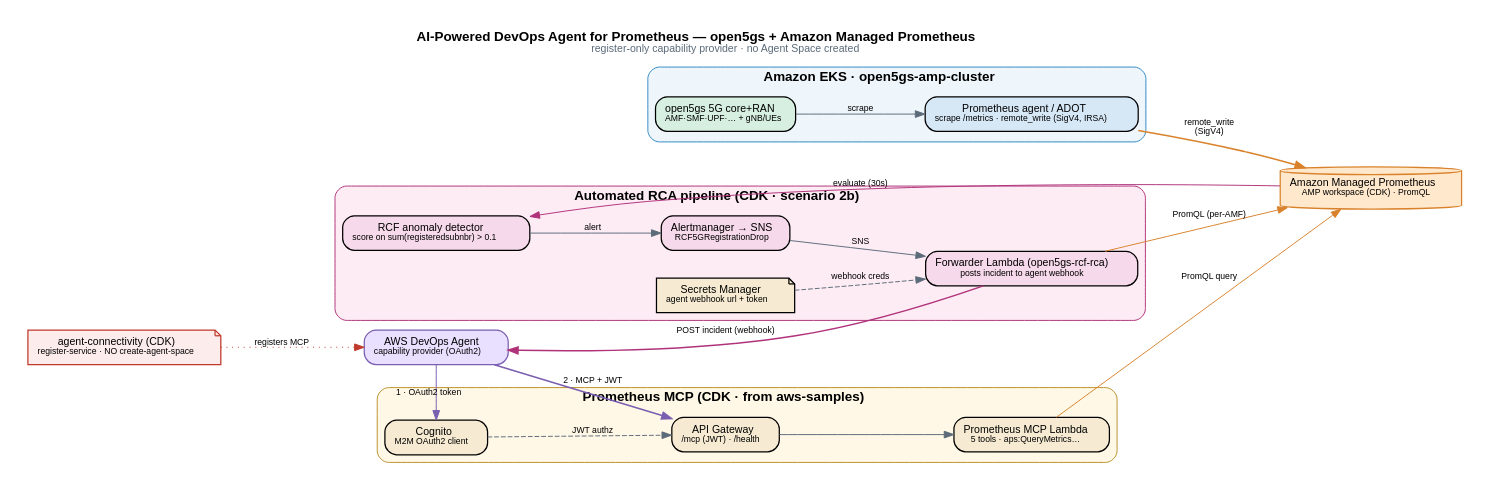
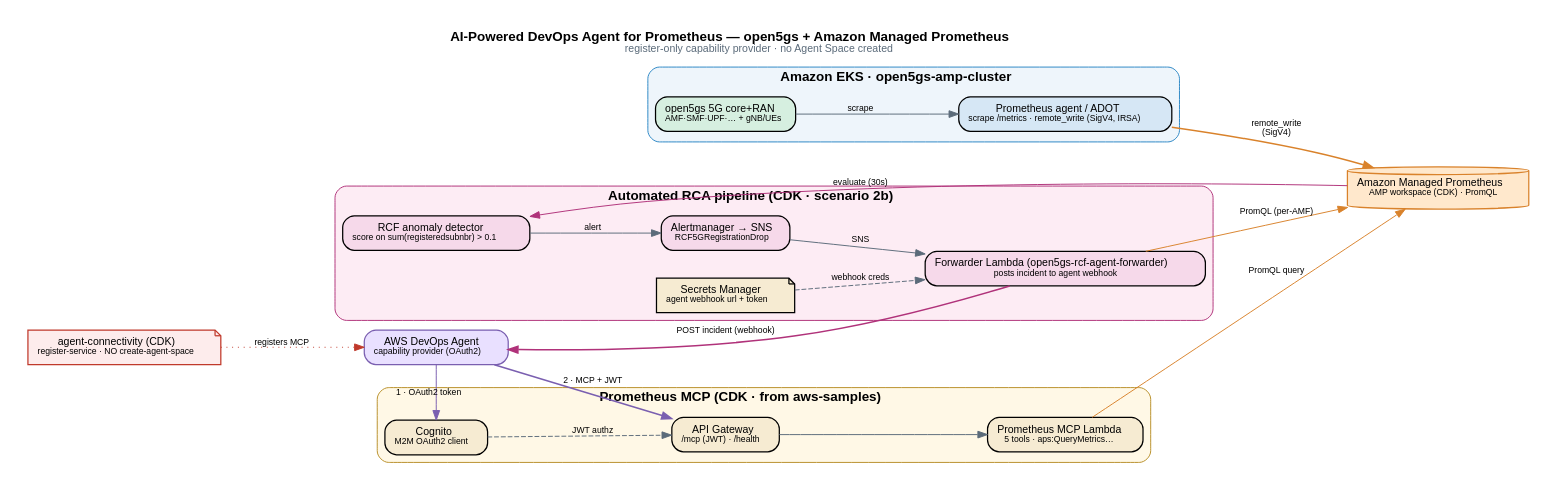
The diagram in docs/diagrams/architecture.dot (aws-solutions-library-samples/guidance-for-ai-powered-devops-agent-for-prometheus-anomaly-detection), drawn with Graphviz before and after one commit. The commit also changed 9 other files, not shown here.

First line of the commit message:
Rename RCA resources to reflect the forwarder role

```diff
--- a/docs/diagrams/architecture.dot
+++ b/docs/diagrams/architecture.dot
@@ -1,45 +1,45 @@
 digraph amp {
   rankdir=LR; bgcolor="white"; pad=0.3; nodesep=0.4; ranksep=0.9;
   graph [fontname="Helvetica", label=<<B>AI-Powered DevOps Agent for Prometheus — open5gs + Amazon Managed Prometheus</B><BR/><FONT POINT-SIZE="11" COLOR="#5b6b7a">register-only capability provider · no Agent Space created</FONT>>, labelloc=t];
   node [fontname="Helvetica", fontsize=11, shape=box, style="rounded,filled", penwidth=1.3, margin="0.14,0.09"];
   edge [fontname="Helvetica", fontsize=9, color="#5b6b7a"];
 
   subgraph cluster_eks {
     label=<<B>Amazon EKS · open5gs-amp-cluster</B>>; style="rounded,filled"; fillcolor="#eef5fb"; color="#2b86c5";
     core [label=<open5gs 5G core+RAN<BR/><FONT POINT-SIZE="9">AMF·SMF·UPF·… + gNB/UEs</FONT>>, fillcolor="#d6efe0"];
     promagent [label=<Prometheus agent / ADOT<BR/><FONT POINT-SIZE="9">scrape /metrics · remote_write (SigV4, IRSA)</FONT>>, fillcolor="#d6e7f5"];
     core -> promagent [label="scrape"];
   }
 
   amp [label=<Amazon Managed Prometheus<BR/><FONT POINT-SIZE="9">AMP workspace (CDK) · PromQL</FONT>>, shape=cylinder, fillcolor="#ffe8cc", color="#d9822b"];
   promagent -> amp [label="remote_write\n(SigV4)", color="#d9822b", penwidth=1.6];
 
   subgraph cluster_mcp {
     label=<<B>Prometheus MCP (CDK · from aws-samples)</B>>; style="rounded,filled"; fillcolor="#fff8e6"; color="#b8902a";
     cog [label=<Cognito<BR/><FONT POINT-SIZE="9">M2M OAuth2 client</FONT>>, fillcolor="#f6ebd2"];
     apigw [label=<API Gateway<BR/><FONT POINT-SIZE="9">/mcp (JWT) · /health</FONT>>, fillcolor="#f6ebd2"];
     lam [label=<Prometheus MCP Lambda<BR/><FONT POINT-SIZE="9">5 tools · aps:QueryMetrics…</FONT>>, fillcolor="#f6ebd2"];
     apigw -> lam; cog -> apigw [style=dashed, label="JWT authz"];
   }
   lam -> amp [label="PromQL query", color="#d9822b"];
 
   agent [label=<AWS DevOps Agent<BR/><FONT POINT-SIZE="9">capability provider (OAuth2)</FONT>>, fillcolor="#e9e0ff", color="#7a5fb0"];
   agent -> cog [label="1 · OAuth2 token", color="#7a5fb0"];
   agent -> apigw [label="2 · MCP + JWT", color="#7a5fb0", penwidth=1.6];
 
   conncdk [label=<agent-connectivity (CDK)<BR/><FONT POINT-SIZE="9">register-service · NO create-agent-space</FONT>>, shape=note, fillcolor="#fdecec", color="#c0392b"];
   conncdk -> agent [style=dotted, label="registers MCP", color="#c0392b"];
 
   // ── Alert-forwarding pipeline: RCF alert → SNS → forwarder Lambda → DevOps Agent webhook ──
   subgraph cluster_rca {
     label=<<B>Automated RCA pipeline (CDK · scenario 2b)</B>>; style="rounded,filled"; fillcolor="#fdecf4"; color="#b0327a";
     rcf [label=<RCF anomaly detector<BR/><FONT POINT-SIZE="9">score on sum(registeredsubnbr) &gt; 0.1</FONT>>, fillcolor="#f6d9ea"];
     almgr [label=<Alertmanager → SNS<BR/><FONT POINT-SIZE="9">RCF5GRegistrationDrop</FONT>>, fillcolor="#f6d9ea"];
-    rca [label=<Forwarder Lambda (open5gs-rcf-rca)<BR/><FONT POINT-SIZE="9">posts incident to agent webhook</FONT>>, fillcolor="#f6d9ea"];
+    rca [label=<Forwarder Lambda (open5gs-rcf-agent-forwarder)<BR/><FONT POINT-SIZE="9">posts incident to agent webhook</FONT>>, fillcolor="#f6d9ea"];
     sm [label=<Secrets Manager<BR/><FONT POINT-SIZE="9">agent webhook url + token</FONT>>, shape=note, fillcolor="#f6ebd2"];
     rcf -> almgr [label="alert"]; almgr -> rca [label="SNS"]; sm -> rca [style=dashed, label="webhook creds"];
   }
   amp -> rcf [label="evaluate (30s)", color="#b0327a"];
   rca -> amp [label="PromQL (per-AMF)", color="#d9822b"];
   rca -> agent [label="POST incident (webhook)", color="#b0327a", penwidth=1.6];
 }
```
